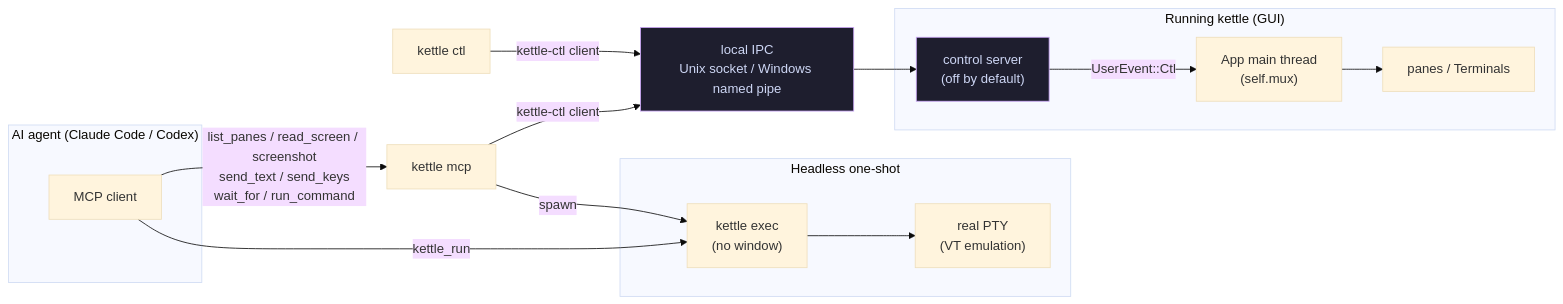
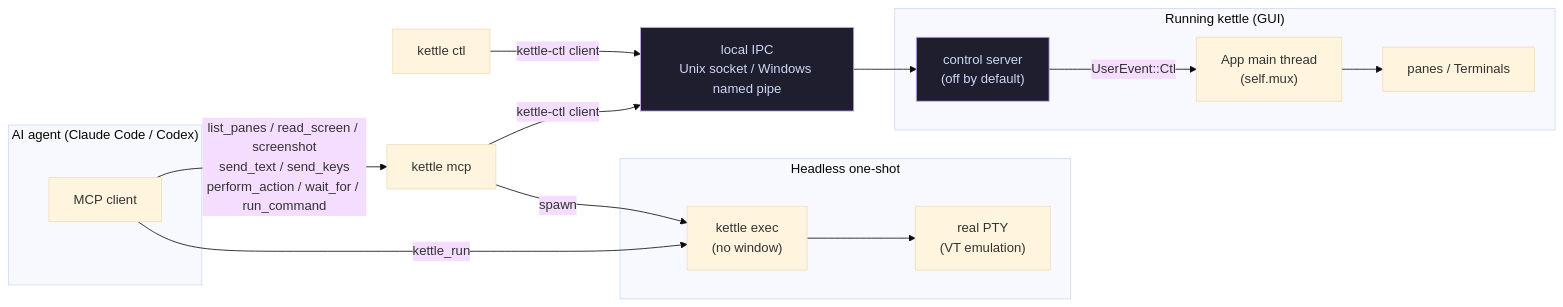
Before and after one commit to Reddimus/kettle: the diagram in docs/AGENT.md, drawn with Mermaid (base theme). The commit also changed other lines of this file and 4 other files, not shown here.

````diff
--- a/docs/AGENT.md
+++ b/docs/AGENT.md
@@ -26,26 +26,26 @@
 ```mermaid
 flowchart LR
     subgraph agent["AI agent (Claude Code / Codex)"]
         cc["MCP client"]
     end
     subgraph oneshot["Headless one-shot"]
         exec["kettle exec<br/>(no window)"]
         pty1["real PTY<br/>(VT emulation)"]
         exec --> pty1
     end
     subgraph gui["Running kettle (GUI)"]
         srv["control server<br/>(off by default)"]
         app["App main thread<br/>(self.mux)"]
         panes["panes / Terminals"]
         srv -->|UserEvent::Ctl| app
         app --> panes
     end
     cc -->|kettle_run| exec
-    cc -->|"list_panes / read_screen / screenshot<br/>send_text / send_keys<br/>wait_for / run_command"| mcp["kettle mcp"]
+    cc -->|"list_panes / read_screen / screenshot<br/>send_text / send_keys<br/>perform_action / wait_for / run_command"| mcp["kettle mcp"]
     mcp -->|spawn| exec
     mcp -->|"kettle-ctl client"| ipc["local IPC<br/>Unix socket / Windows named pipe"]
     ctl["kettle ctl"] -->|kettle-ctl client| ipc
     ipc --> srv
     classDef off fill:#1e1e2e,stroke:#cba6f7,color:#cdd6f4;
     class srv,ipc off;
 ```
````
